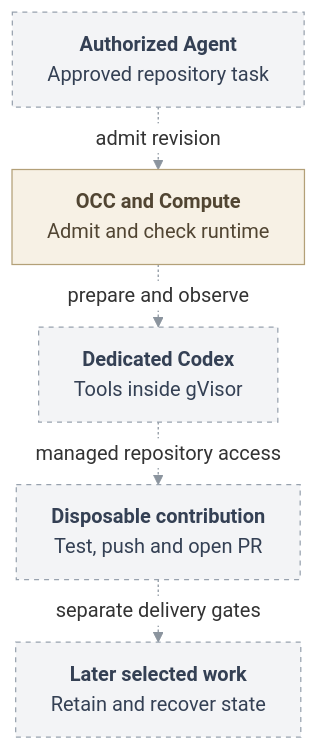
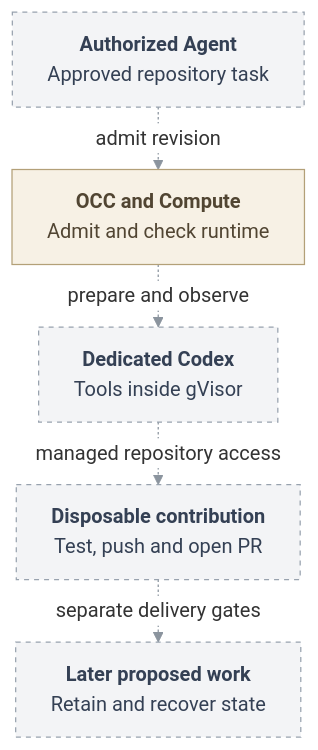
The diagram in specs/31-gvisor-container-support.md (SebTardif/openclaw-enterprise), drawn with Mermaid before and after one commit. The commit also changed other lines of this file and 1 other file, not shown here.

First line of the commit message:
docs(rfc): qualify gvisor MVP as proposed 1.x scope

````diff
--- a/specs/31-gvisor-container-support.md
+++ b/specs/31-gvisor-container-support.md
@@ -63,31 +63,31 @@
 ```mermaid
 ---
 config:
   theme: base
   htmlLabels: true
   themeVariables:
     fontSize: 16px
     lineColor: "#8B949E"
     edgeLabelBackground: "#FFFFFF"
   flowchart:
     curve: linear
     nodeSpacing: 28
     rankSpacing: 26
     padding: 14
 ---
 flowchart TB
   Request["<b>Authorized Agent</b><br/>Approved repository task"]
   Compute["<b>OCC and Compute</b><br/>Admit and check runtime"]
   Codex["<b>Dedicated Codex</b><br/>Tools inside gVisor"]
   Contribution["<b>Disposable contribution</b><br/>Test, push and open PR"]
-  Recovery["<b>Later selected work</b><br/>Retain and recover state"]
+  Recovery["<b>Later proposed work</b><br/>Retain and recover state"]
   Request -.->|admit revision| Compute
   Compute -.->|prepare and observe| Codex
   Codex -.->|managed repository access| Contribution
   Contribution -.->|separate delivery gates| Recovery
   classDef pending fill:#F3F4F6,stroke:#98A2AE,color:#344054,stroke-width:1px,stroke-dasharray:4 4
   classDef gate fill:#F7F1E5,stroke:#B3A078,color:#514532,stroke-width:1px
   class Request,Codex,Contribution,Recovery pending
   class Compute gate
   linkStyle default stroke:#8B949E,stroke-width:1px
 ```
````
